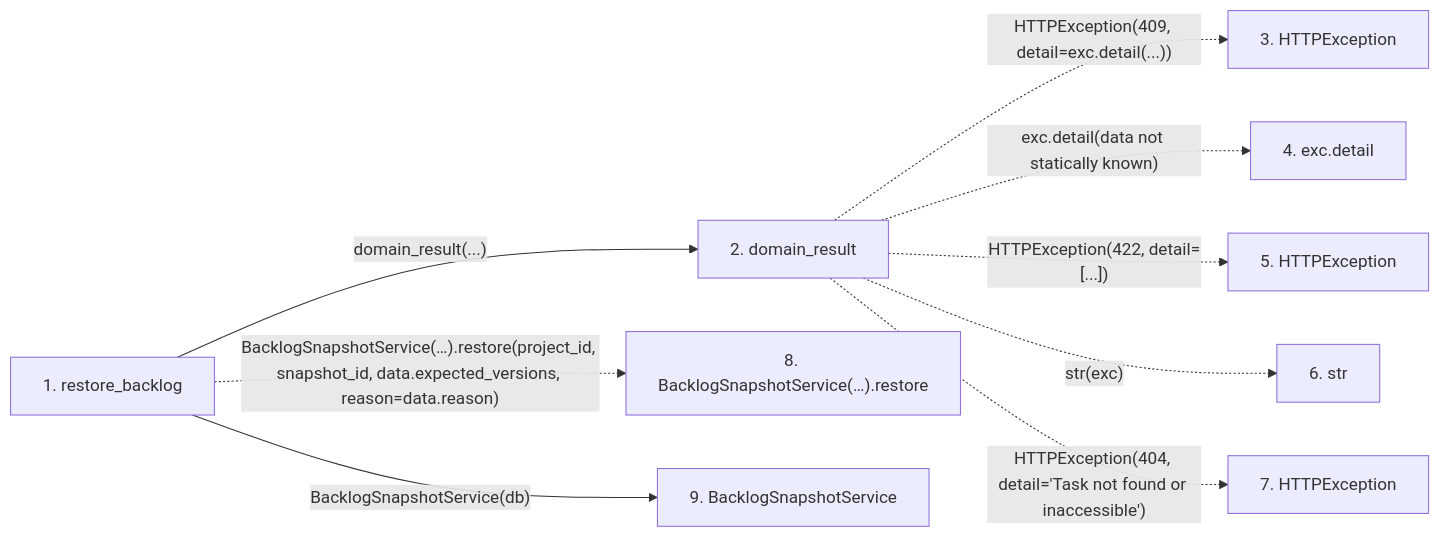
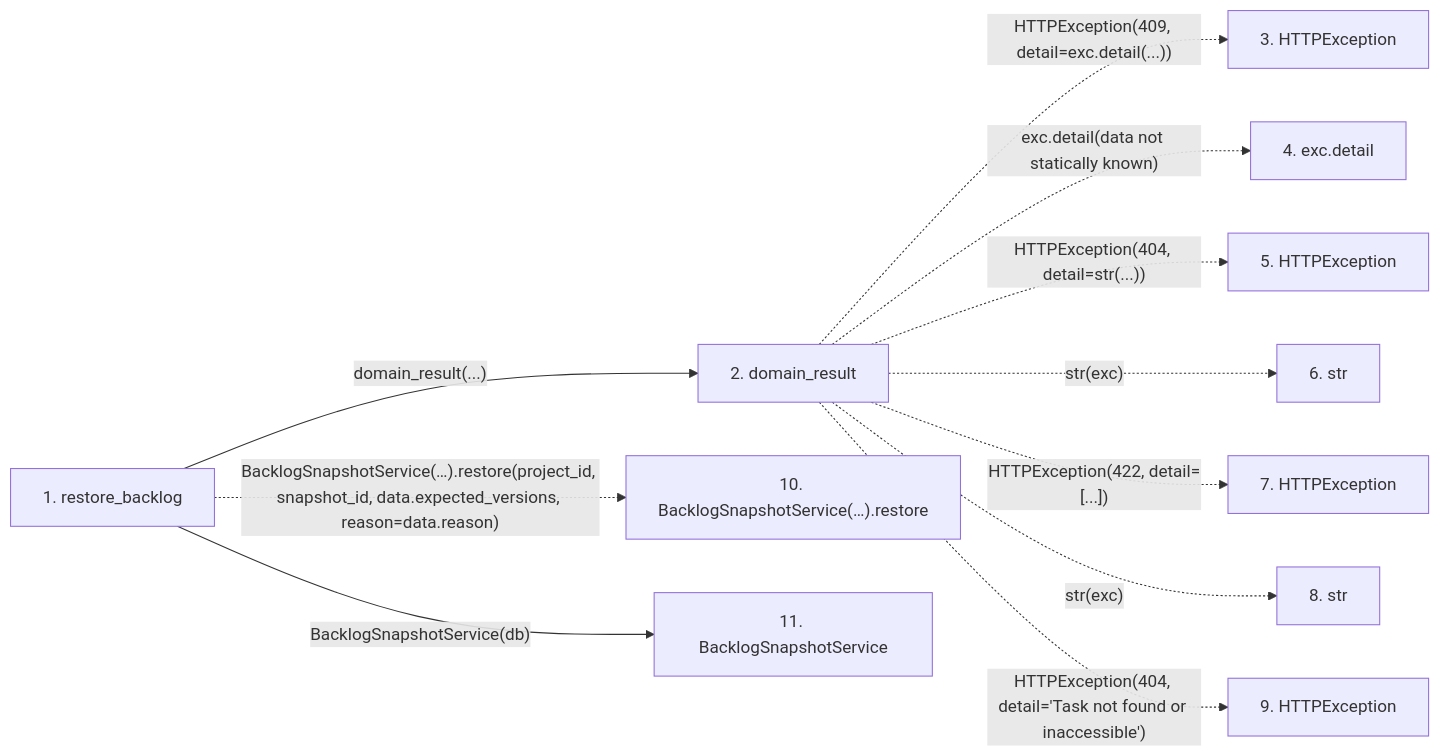
Before and after one commit to Denissvgn/WorkChord: the second of 2 diagrams in docs/llm_wiki/flows/http-restore_backlog.md, drawn with Mermaid. The commit also changed other lines of this file and 6624 other files, not shown here.

````diff
--- a/docs/llm_wiki/flows/http-restore_backlog.md
+++ b/docs/llm_wiki/flows/http-restore_backlog.md
@@ -32,23 +34,27 @@
 ```mermaid
 flowchart LR
     s1["1. restore_backlog"]
     s2["2. domain_result"]
     s3["3. HTTPException"]
     s4["4. exc.detail"]
     s5["5. HTTPException"]
     s6["6. str"]
     s7["7. HTTPException"]
-    s8["8. BacklogSnapshotService(…).restore"]
-    s9["9. BacklogSnapshotService"]
+    s8["8. str"]
+    s9["9. HTTPException"]
+    s10["10. BacklogSnapshotService(…).restore"]
+    s11["11. BacklogSnapshotService"]
     s1 -->|"domain_result(...)"| s2
     s2 -. "HTTPException(409, detail=exc.detail(...))" .-> s3
     s2 -. "exc.detail(data not statically known)" .-> s4
-    s2 -. "HTTPException(422, detail=[...])" .-> s5
+    s2 -. "HTTPException(404, detail=str(...))" .-> s5
     s2 -. "str(exc)" .-> s6
-    s2 -. "HTTPException(404, detail='Task not found or inaccessible')" .-> s7
-    s1 -. "BacklogSnapshotService(…).restore(project_id, snapshot_id, data.expected_versions, reason=data.reason)" .-> s8
-    s1 -->|"BacklogSnapshotService(db)"| s9
+    s2 -. "HTTPException(422, detail=[...])" .-> s7
+    s2 -. "str(exc)" .-> s8
+    s2 -. "HTTPException(404, detail='Task not found or inaccessible')" .-> s9
+    s1 -. "BacklogSnapshotService(…).restore(project_id, snapshot_id, data.expected_versions, reason=data.reason)" .-> s10
+    s1 -->|"BacklogSnapshotService(db)"| s11
     click s1 "../modules/routers_task_domain.md"
     click s2 "../modules/routers_task_domain.md"
-    click s9 "../modules/backlog_snapshot_service.md"
+    click s11 "../modules/backlog_snapshot_service.md"
 ```
````
